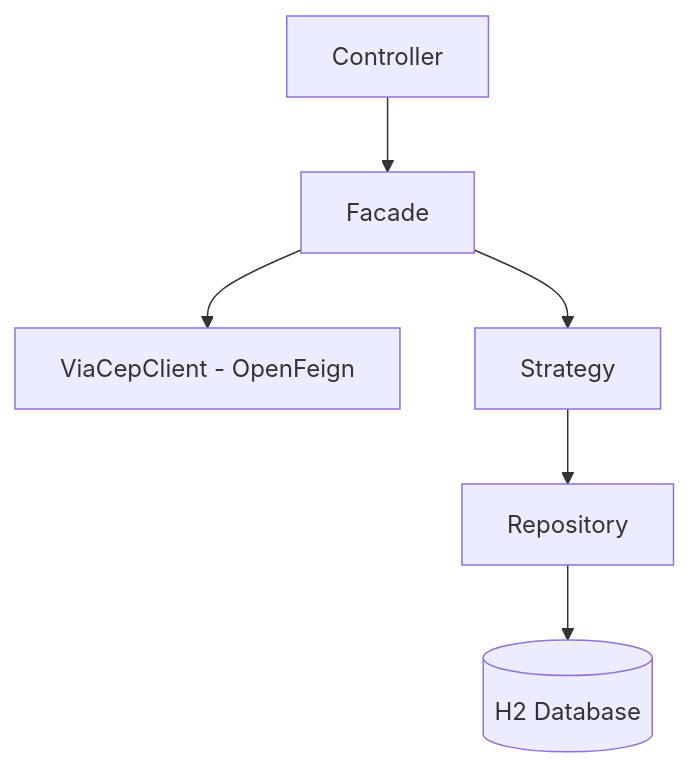
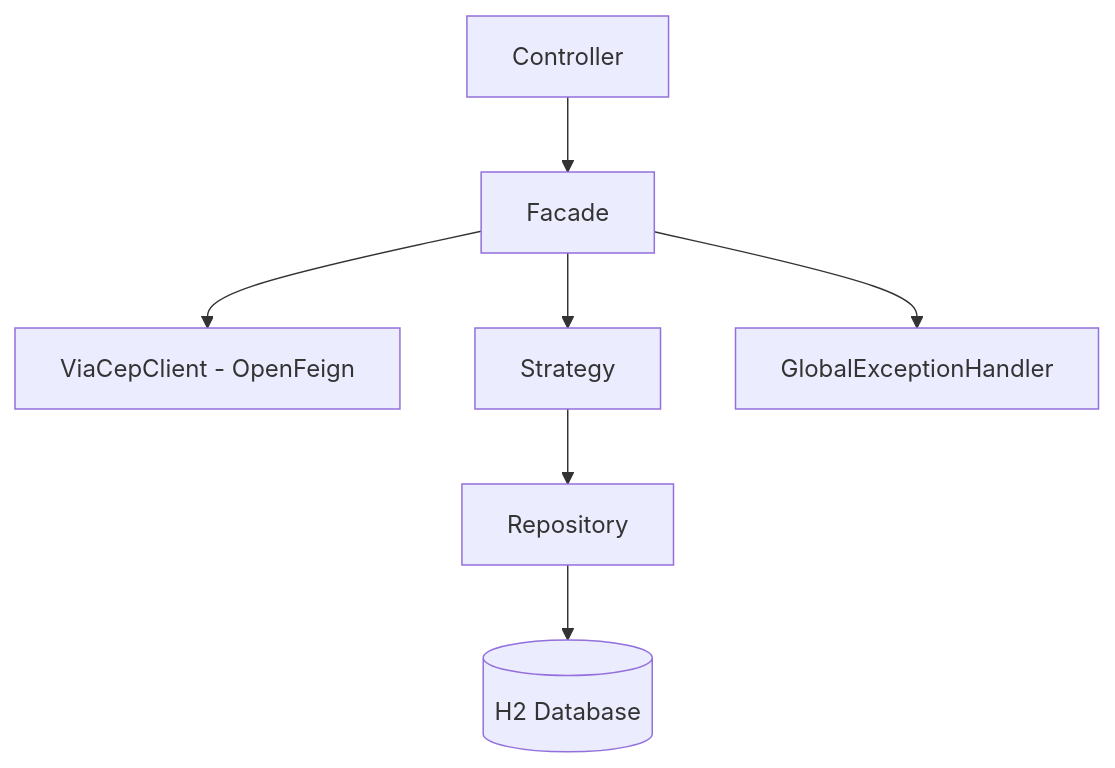
One commit to bessa2121/client-cep-api changed the diagram in README.md. Above: the diagram before and after it, drawn with Mermaid. The commit also changed other lines of this file and 17 other files, not shown here.

````diff
--- a/README.md
+++ b/README.md
@@ -32,8 +30,9 @@
 ```mermaid
 flowchart TD
     A[Controller] --> B[Facade]
     B --> C[ViaCepClient - OpenFeign]
     B --> D[Strategy]
     D --> E[Repository]
     E --> F[(H2 Database)]
+    B --> G[GlobalExceptionHandler]
 ```
````
